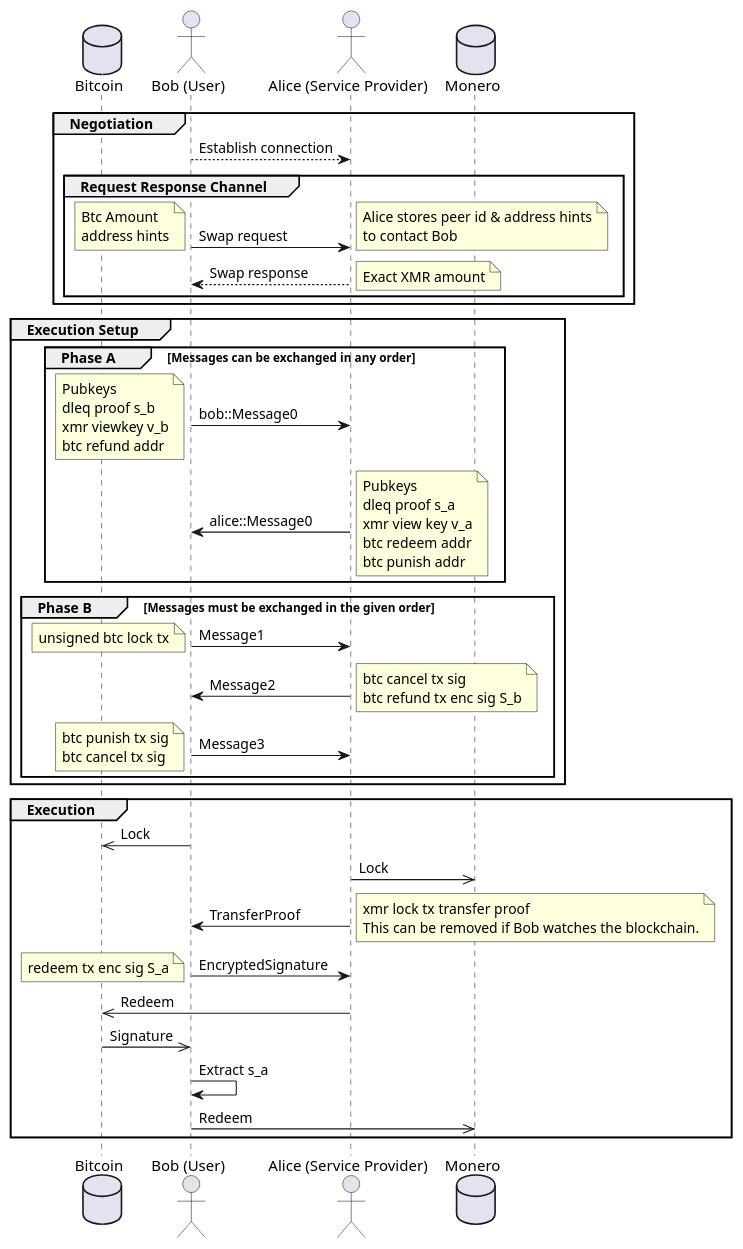
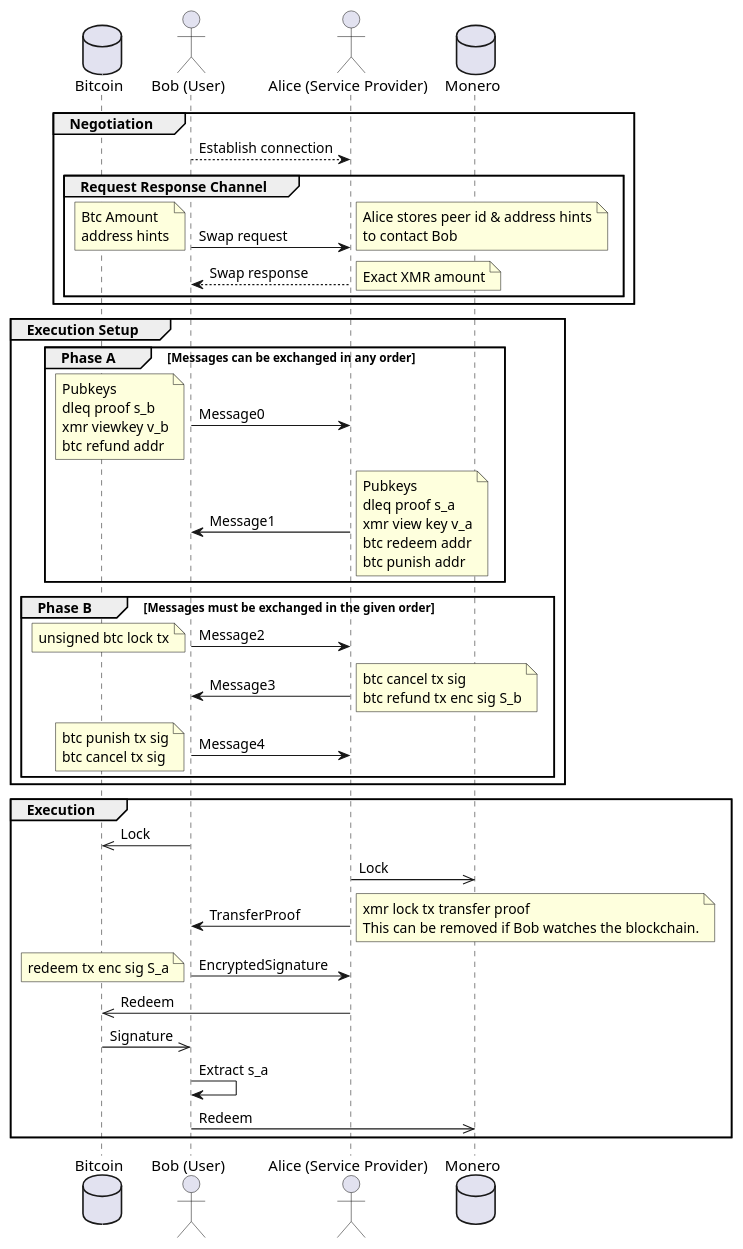
Before and after one commit to comit-network/xmr-btc-swap: the diagram in docs/sequence.puml, drawn with PlantUML. The commit also changed 9 other files, not shown here.

```diff
--- a/docs/sequence.puml
+++ b/docs/sequence.puml
@@ -1,64 +1,64 @@
 @startuml
 database Bitcoin
 actor Bob as "Bob (User)"
 Actor Alice as "Alice (Service Provider)"
 database Monero
 
 group Negotiation
 
     Bob --> Alice: Establish connection
 
     group Request Response Channel
         Bob -> Alice: Swap request
         note left: Btc Amount\naddress hints
         note right: Alice stores peer id & address hints\nto contact Bob
 
         Alice --> Bob: Swap response
         note right: Exact XMR amount
     end
 end
 
 group Execution Setup
     group Phase A [Messages can be exchanged in any order]
-        Bob -> Alice: bob::Message0
+        Bob -> Alice: Message0
         note left: Pubkeys\ndleq proof s_b\nxmr viewkey v_b\nbtc refund addr
 
-        Alice -> Bob: alice::Message0
+        Alice -> Bob: Message1
         note right: Pubkeys\ndleq proof s_a\nxmr view key v_a\nbtc redeem addr\nbtc punish addr
     end
 
     group Phase B [Messages must be exchanged in the given order]
 
-        Bob -> Alice: Message1
+        Bob -> Alice: Message2
         note left: unsigned btc lock tx
 
-        Alice -> Bob: Message2
+        Alice -> Bob: Message3
         note right: btc cancel tx sig\nbtc refund tx enc sig S_b
 
-        Bob -> Alice: Message3
+        Bob -> Alice: Message4
         note left: btc punish tx sig\nbtc cancel tx sig
 
     end
 end
 
 group Execution
     Bob ->> Bitcoin: Lock
 
     Alice ->> Monero: Lock
 
     Alice -> Bob: TransferProof
     note right: xmr lock tx transfer proof\nThis can be removed if Bob watches the blockchain.
 
     Bob -> Alice: EncryptedSignature
     note left: redeem tx enc sig S_a
 
     Alice ->> Bitcoin: Redeem
 
     Bitcoin ->> Bob: Signature
 
     Bob -> Bob: Extract s_a
 
     Bob ->> Monero: Redeem
 end
 
 @enduml
```
